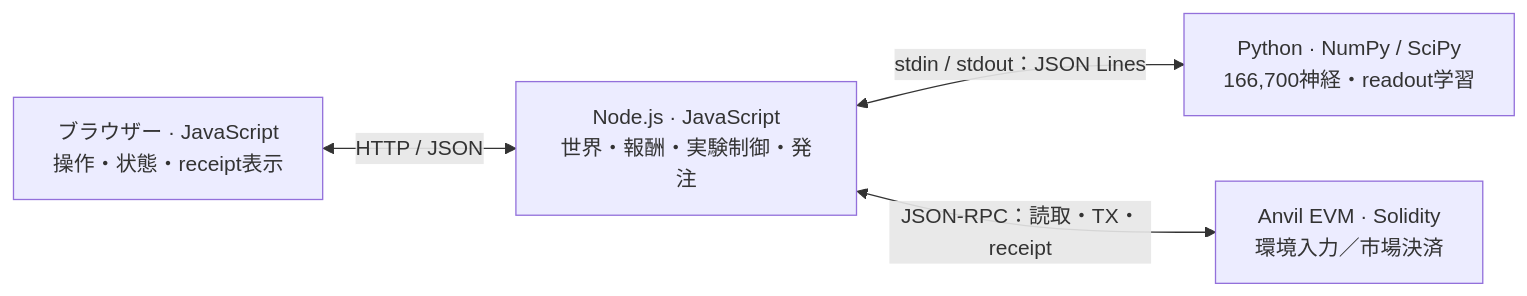
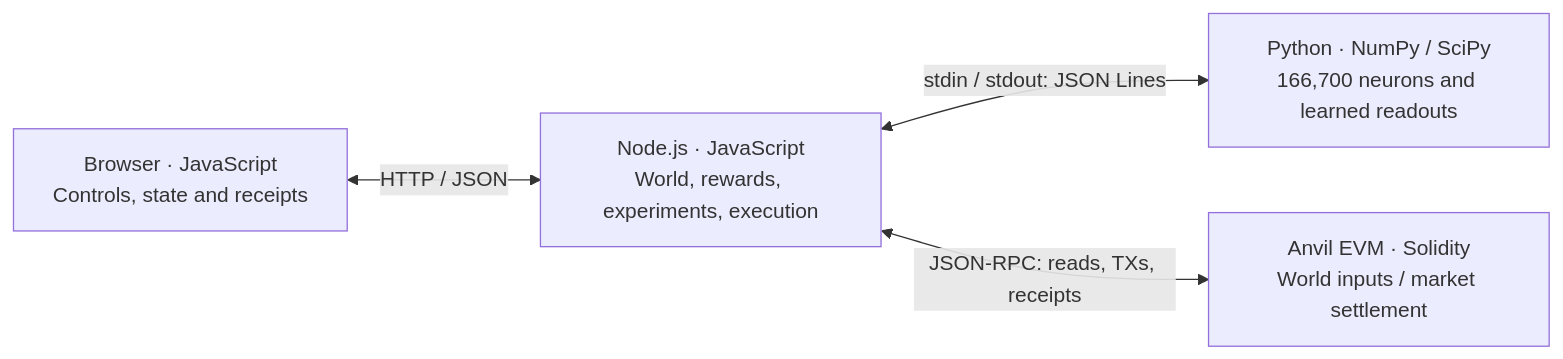
Before and after one commit to Polonity/ethglobaltokyo2026-bio-agent: the second of 2 diagrams in docs/architecture.md, drawn with Mermaid. The commit also changed other lines of this file and 33 other files, not shown here.

````diff
--- a/docs/architecture.md
+++ b/docs/architecture.md
@@ -45,10 +45,10 @@
 ```mermaid
 flowchart LR
-  U["ブラウザー · JavaScript<br/>操作・状態・receipt表示"]
-  N["Node.js · JavaScript<br/>世界・報酬・実験制御・発注"]
-  P["Python · NumPy / SciPy<br/>166,700神経・readout学習"]
-  C["Anvil EVM · Solidity<br/>環境入力／市場決済"]
+  U["Browser · JavaScript<br/>Controls, state and receipts"]
+  N["Node.js · JavaScript<br/>World, rewards, experiments, execution"]
+  P["Python · NumPy / SciPy<br/>166,700 neurons and learned readouts"]
+  C["Anvil EVM · Solidity<br/>World inputs / market settlement"]
   U <-->|HTTP / JSON| N
-  N <-->|stdin / stdout：JSON Lines| P
-  N <-->|JSON-RPC：読取・TX・receipt| C
+  N <-->|stdin / stdout: JSON Lines| P
+  N <-->|JSON-RPC: reads, TXs, receipts| C
 ```
````
